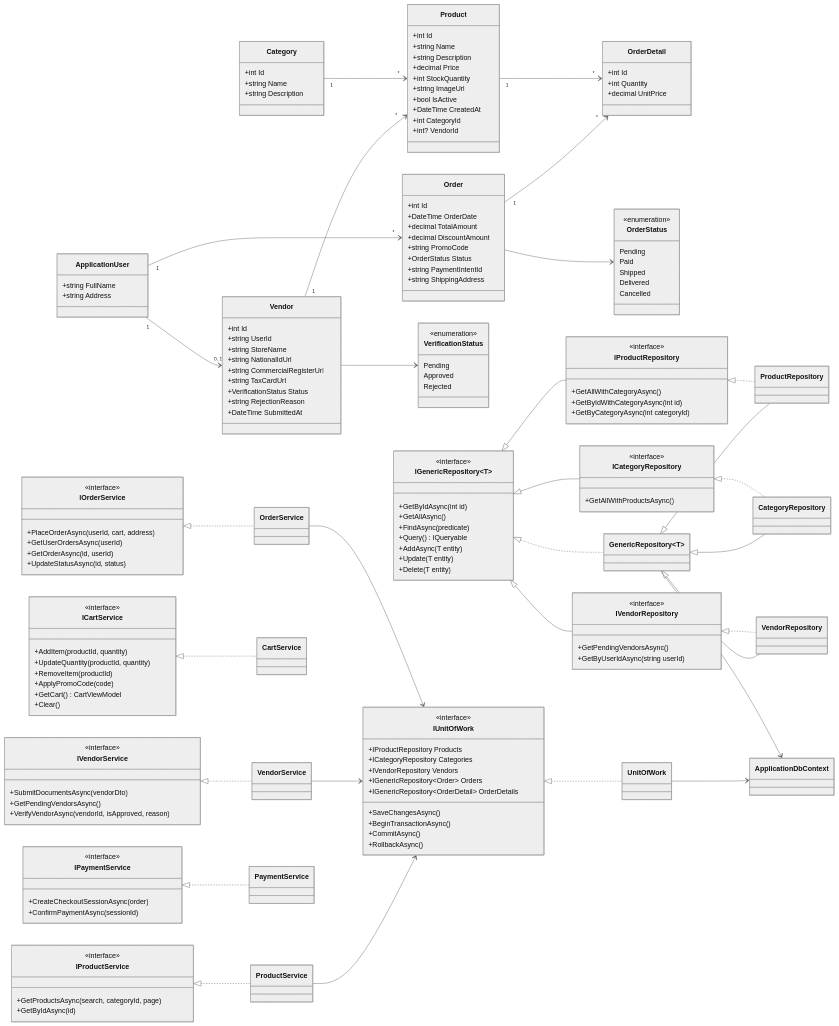
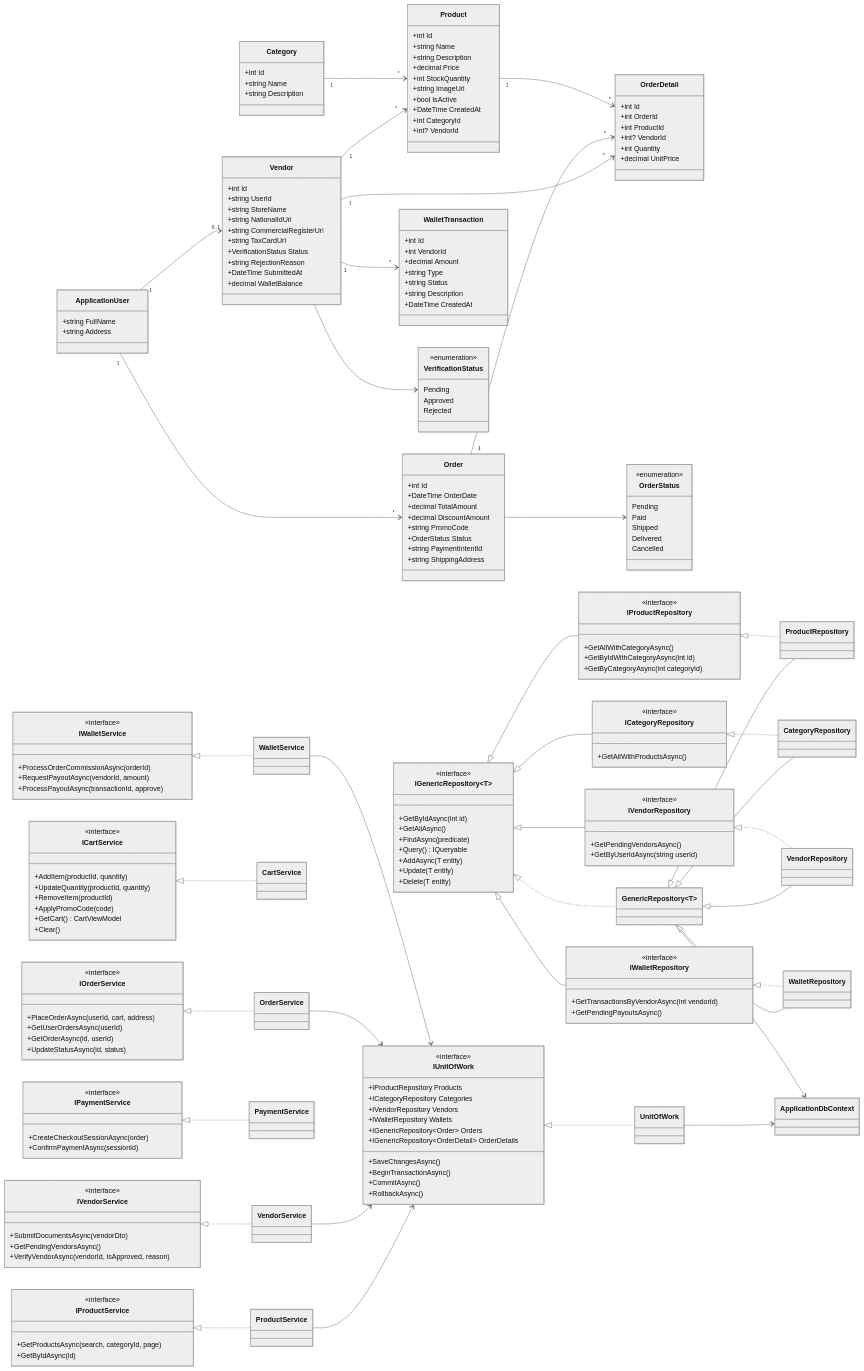
One commit to ahmadalrudiny/Techxpress_DEPI_Project changed the second of 2 diagrams in docs/System-Analysis-Design/03-Database-Design.md. Above: the diagram before and after it, drawn with Mermaid (neutral theme). The commit also changed other lines of this file, not shown here.

````diff
--- a/docs/System-Analysis-Design/03-Database-Design.md
+++ b/docs/System-Analysis-Design/03-Database-Design.md
@@ -177,6 +205,7 @@
         +VerificationStatus Status
         +string RejectionReason
         +DateTime SubmittedAt
+        +decimal WalletBalance
     }
     class Category {
         +int Id
@@ -207,8 +236,20 @@
     }
     class OrderDetail {
         +int Id
+        +int OrderId
+        +int ProductId
+        +int? VendorId
         +int Quantity
         +decimal UnitPrice
+    }
+    class WalletTransaction {
+        +int Id
+        +int VendorId
+        +decimal Amount
+        +string Type
+        +string Status
+        +string Description
+        +DateTime CreatedAt
     }
     class OrderStatus {
         <<enumeration>>
@@ -228,6 +269,8 @@
     ApplicationUser "1" --> "0..1" Vendor
     ApplicationUser "1" --> "*" Order
     Vendor "1" --> "*" Product
+    Vendor "1" --> "*" WalletTransaction
+    Vendor "1" --> "*" OrderDetail
     Category "1" --> "*" Product
     Order "1" --> "*" OrderDetail
     Product "1" --> "*" OrderDetail
@@ -260,14 +303,21 @@
         +GetPendingVendorsAsync()
         +GetByUserIdAsync(string userId)
     }
+    class IWalletRepository {
+        <<interface>>
+        +GetTransactionsByVendorAsync(int vendorId)
+        +GetPendingPayoutsAsync()
+    }
     class ProductRepository
     class CategoryRepository
     class VendorRepository
+    class WalletRepository
     class IUnitOfWork {
         <<interface>>
         +IProductRepository Products
         +ICategoryRepository Categories
         +IVendorRepository Vendors
+        +IWalletRepository Wallets
         +IGenericRepository~Order~ Orders
         +IGenericRepository~OrderDetail~ OrderDetails
         +SaveChangesAsync()
@@ -282,12 +332,15 @@
     IGenericRepository~T~ <|-- IProductRepository
     IGenericRepository~T~ <|-- ICategoryRepository
     IGenericRepository~T~ <|-- IVendorRepository
+    IGenericRepository~T~ <|-- IWalletRepository
     GenericRepository~T~ <|-- ProductRepository
     GenericRepository~T~ <|-- CategoryRepository
     GenericRepository~T~ <|-- VendorRepository
+    GenericRepository~T~ <|-- WalletRepository
     IProductRepository <|.. ProductRepository
     ICategoryRepository <|.. CategoryRepository
     IVendorRepository <|.. VendorRepository
+    IWalletRepository <|.. WalletRepository
     IUnitOfWork <|.. UnitOfWork
     UnitOfWork --> ApplicationDbContext
     GenericRepository~T~ --> ApplicationDbContext
@@ -324,18 +377,27 @@
         +CreateCheckoutSessionAsync(order)
         +ConfirmPaymentAsync(sessionId)
     }
+    class IWalletService {
+        <<interface>>
+        +ProcessOrderCommissionAsync(orderId)
+        +RequestPayoutAsync(vendorId, amount)
+        +ProcessPayoutAsync(transactionId, approve)
+    }
     class ProductService
     class VendorService
     class CartService
     class OrderService
     class PaymentService
+    class WalletService
 
     IProductService <|.. ProductService
     IVendorService <|.. VendorService
     ICartService <|.. CartService
     IOrderService <|.. OrderService
     IPaymentService <|.. PaymentService
+    IWalletService <|.. WalletService
     ProductService --> IUnitOfWork
     VendorService --> IUnitOfWork
     OrderService --> IUnitOfWork
+    WalletService --> IUnitOfWork
 ```
````
